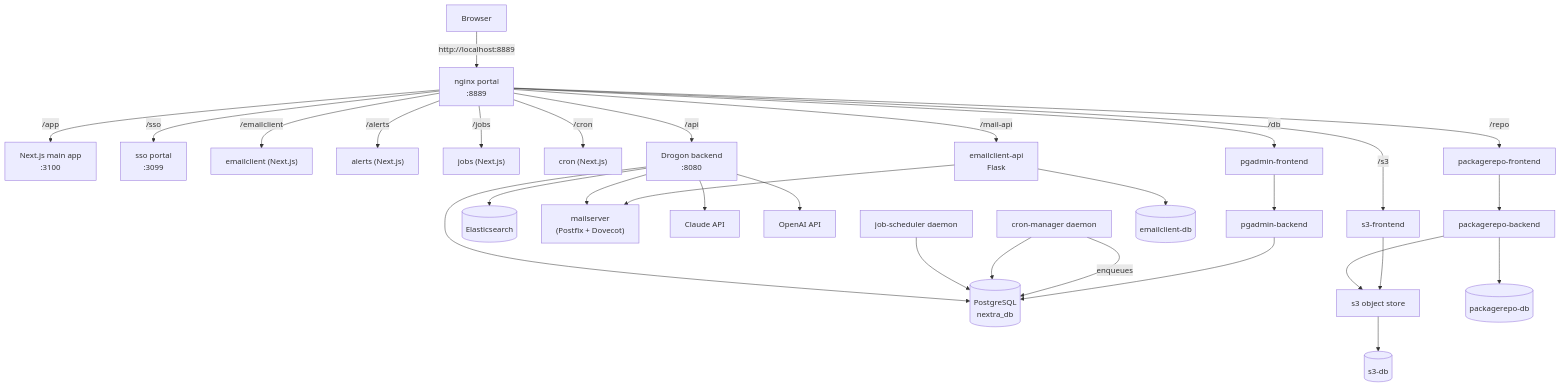
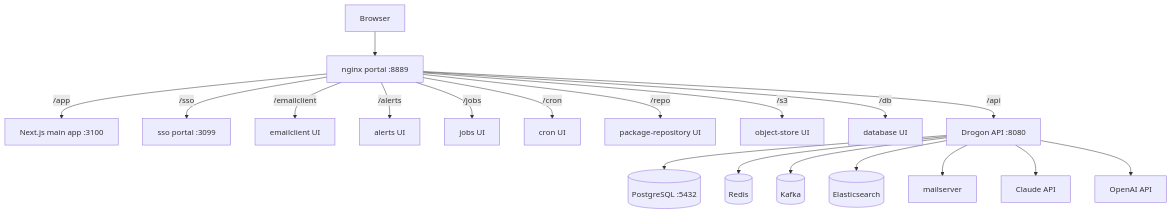
One commit to johndoe6345789/next_extra_primary changed the first of 2 diagrams in docs/architecture.md. Above: the diagram before and after it, drawn with Mermaid. The commit also changed other lines of this file and 11 other files, not shown here.

````diff
--- a/docs/architecture.md
+++ b/docs/architecture.md
@@ -16,40 +15,23 @@
 ```mermaid
 flowchart TB
-    Browser["Browser"]
-    Browser -->|http://localhost:8889| Portal["nginx portal<br/>:8889"]
+    Browser --> Portal["nginx portal :8889"]
 
-    Portal -->|/app| FE["Next.js main app<br/>:3100"]
-    Portal -->|/sso| SSO["sso portal<br/>:3099"]
-    Portal -->|/emailclient| EmailFE["emailclient (Next.js)"]
-    Portal -->|/alerts| Alerts["alerts (Next.js)"]
-    Portal -->|/jobs| JobsUI["jobs (Next.js)"]
-    Portal -->|/cron| CronUI["cron (Next.js)"]
-    Portal -->|/repo| RepoFE["packagerepo-frontend"]
-    Portal -->|/s3| S3FE["s3-frontend"]
-    Portal -->|/db| PgAdminFE["pgadmin-frontend"]
-    Portal -->|/api| Backend["Drogon backend<br/>:8080"]
-    Portal -->|/mail-api| EmailAPI["emailclient-api<br/>Flask"]
+    Portal -->|/app| FE["Next.js main app :3100"]
+    Portal -->|/sso| SSO["sso portal :3099"]
+    Portal -->|/emailclient| Email["emailclient UI"]
+    Portal -->|/alerts| Alerts["alerts UI"]
+    Portal -->|/jobs| Jobs["jobs UI"]
+    Portal -->|/cron| Cron["cron UI"]
+    Portal -->|/repo| Repo["package-repository UI"]
+    Portal -->|/s3| S3FE["object-store UI"]
+    Portal -->|/db| DB["database UI"]
+    Portal -->|/api| API["Drogon API :8080"]
 
-    Backend --> PG[("PostgreSQL<br/>nextra_db")]
-    Backend --> ES[("Elasticsearch")]
-    Backend --> Mail["mailserver<br/>(Postfix + Dovecot)"]
-    Backend --> Claude["Claude API"]
-    Backend --> OpenAI["OpenAI API"]
-
-    JobScheduler["job-scheduler daemon"] --> PG
-    CronManager["cron-manager daemon"] --> PG
-    CronManager -->|enqueues| PG
-
-    EmailAPI --> Mail
-    EmailAPI --> EmailDB[("emailclient-db")]
-
-    RepoFE --> RepoBE["packagerepo-backend"]
-    RepoBE --> S3["s3 object store"]
-    RepoBE --> RepoDB[("packagerepo-db")]
-
-    S3FE --> S3
-    S3 --> S3DB[("s3-db")]
-
-    PgAdminFE --> PgAdminBE["pgadmin-backend"]
-    PgAdminBE --> PG
+    API --> PG[("PostgreSQL :5432")]
+    API --> Redis[("Redis")]
+    API --> Kafka[("Kafka")]
+    API --> ES[("Elasticsearch")]
+    API --> Mail["mailserver"]
+    API --> Claude["Claude API"]
+    API --> OpenAI["OpenAI API"]
 ```
````
